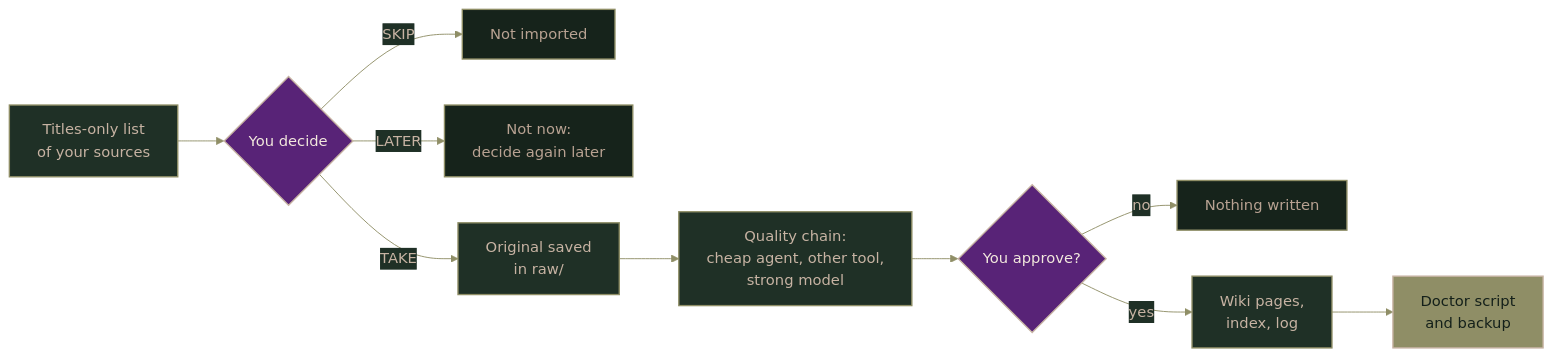
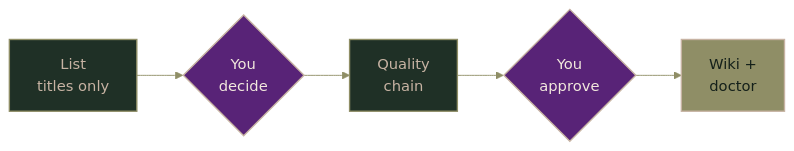
One commit to jenny-gecglr/second-brain-from-scratch changed the diagram in README.md. Above: the diagram before and after it, drawn with Mermaid.

Commit message:
README diagram: five big boxes, readable at page width

````diff
--- a/README.md
+++ b/README.md
@@ -42,21 +42,14 @@
 ```mermaid
 %%{init: {"theme":"base","themeVariables":{"fontFamily":"Georgia, serif","primaryColor":"#1F3026","primaryTextColor":"#C7B3A3","primaryBorderColor":"#8F8E66","lineColor":"#8F8E66","tertiaryTextColor":"#C7B3A3","edgeLabelBackground":"#1F3026"}}}%%
 flowchart LR
-    A["Titles-only list<br/>of your sources"] --> C{"You decide"}
-    C -- SKIP --> S["Not imported"]
-    C -- LATER --> LT["Not now:<br/>decide again later"]
-    C -- TAKE --> D["Original saved<br/>in raw/"]
-    D --> E["Quality chain:<br/>cheap agent, other tool,<br/>strong model"]
-    E --> H{"You approve?"}
-    H -- no --> I["Nothing written"]
-    H -- yes --> J["Wiki pages,<br/>index, log"]
-    J --> K["Doctor script<br/>and backup"]
+    A["List<br/>titles only"] --> B{"You<br/>decide"}
+    B --> C["Quality<br/>chain"]
+    C --> D{"You<br/>approve"}
+    D --> E["Wiki +<br/>doctor"]
     classDef cBase fill:#1F3026,stroke:#8F8E66,color:#C7B3A3,stroke-width:1.5px
     classDef cAsk fill:#582377,stroke:#C7B3A3,color:#F2E8DD,stroke-width:1.5px
     classDef cDone fill:#8F8E66,stroke:#C7B3A3,color:#14201A,stroke-width:1.5px
-    classDef cStop fill:#16231B,stroke:#8F8E66,color:#B8A292,stroke-width:1.5px
-    class A,D,E,J cBase
-    class C,H cAsk
-    class K cDone
-    class S,I,LT cStop
+    class A,C cBase
+    class B,D cAsk
+    class E cDone
 ```
````
